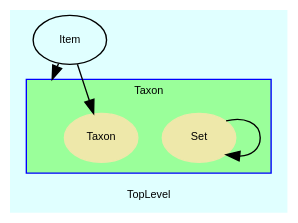
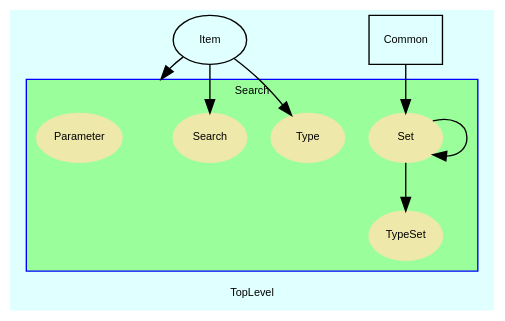
One commit to ddiez/seqminer changed the diagram in doc/dot/f_9.dot. Above: the diagram before and after it, drawn with Graphviz. The commit also changed 125 other files, not shown here.

```diff
--- a/doc/dot/f_9.dot
+++ b/doc/dot/f_9.dot
@@ -1,64 +1,109 @@
 digraph TopLevel {
     label = "TopLevel"
     compound = true
     fontname = Arial
     fontsize = 8
     bgcolor = lightcyan1
     node [
         color = black,
         fontname = Arial,
         fontsize = 8
     ]
 
-    Taxon__Set -> Taxon__Set [
-
-    ]
-
     Item [
         URL = "classes/Item.html",
         label = "Item"
     ]
 
-    Item -> Taxon__Taxon [
+    Item -> Search__Search [
 
     ]
 
-    subgraph cluster_Taxon {
-        label = "Taxon"
+    Search__Set -> Search__TypeSet [
+
+    ]
+
+    Common [
+        shape = box,
+        URL = "classes/Common.html",
+        label = "Common"
+    ]
+
+    Common -> Search__Set [
+
+    ]
+
+    Search__Set -> Search__Set [
+
+    ]
+
+    Item -> Search__Type [
+
+    ]
+
+    subgraph cluster_Search {
+        label = "Search"
         fillcolor = palegreen1
-        URL = "classes/Taxon.html"
+        URL = "classes/Search.html"
         color = blue
         fontname = Arial
         style = filled
-        Taxon [
+        Search [
             shape = plaintext,
             height = 0.01,
             width = 0.01,
             label = ""
         ]
 
-        Taxon__Set [
+        Search__Search [
             fontcolor = black,
             shape = ellipse,
-            URL = "classes/Taxon/Set.html",
+            URL = "classes/Search/Search.html",
+            color = palegoldenrod,
+            style = filled,
+            label = "Search"
+        ]
+
+        Search__TypeSet [
+            fontcolor = black,
+            shape = ellipse,
+            URL = "classes/Search/TypeSet.html",
+            color = palegoldenrod,
+            style = filled,
+            label = "TypeSet"
+        ]
+
+        Search__Set [
+            fontcolor = black,
+            shape = ellipse,
+            URL = "classes/Search/Set.html",
             color = palegoldenrod,
             style = filled,
             label = "Set"
         ]
 
-        Taxon__Taxon [
+        Search__Parameter [
             fontcolor = black,
             shape = ellipse,
-            URL = "classes/Taxon/Taxon.html",
+            URL = "classes/Search/Parameter.html",
             color = palegoldenrod,
             style = filled,
-            label = "Taxon"
+            label = "Parameter"
+        ]
+
+        Search__Type [
+            fontcolor = black,
+            shape = ellipse,
+            URL = "classes/Search/Type.html",
+            color = palegoldenrod,
+            style = filled,
+            label = "Type"
         ]
 
     }
 
-    Item -> Taxon [
-        lhead = cluster_Taxon
+    Item -> Search [
+        lhead = cluster_Search
     ]
 
 }
```
